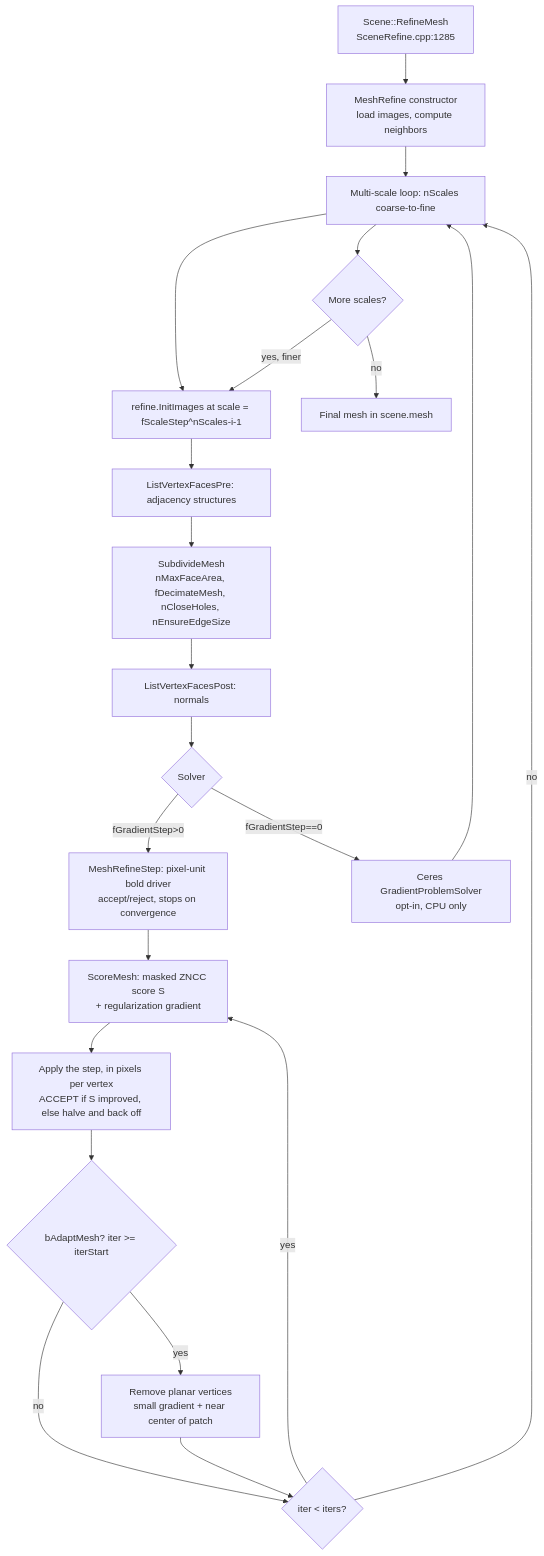
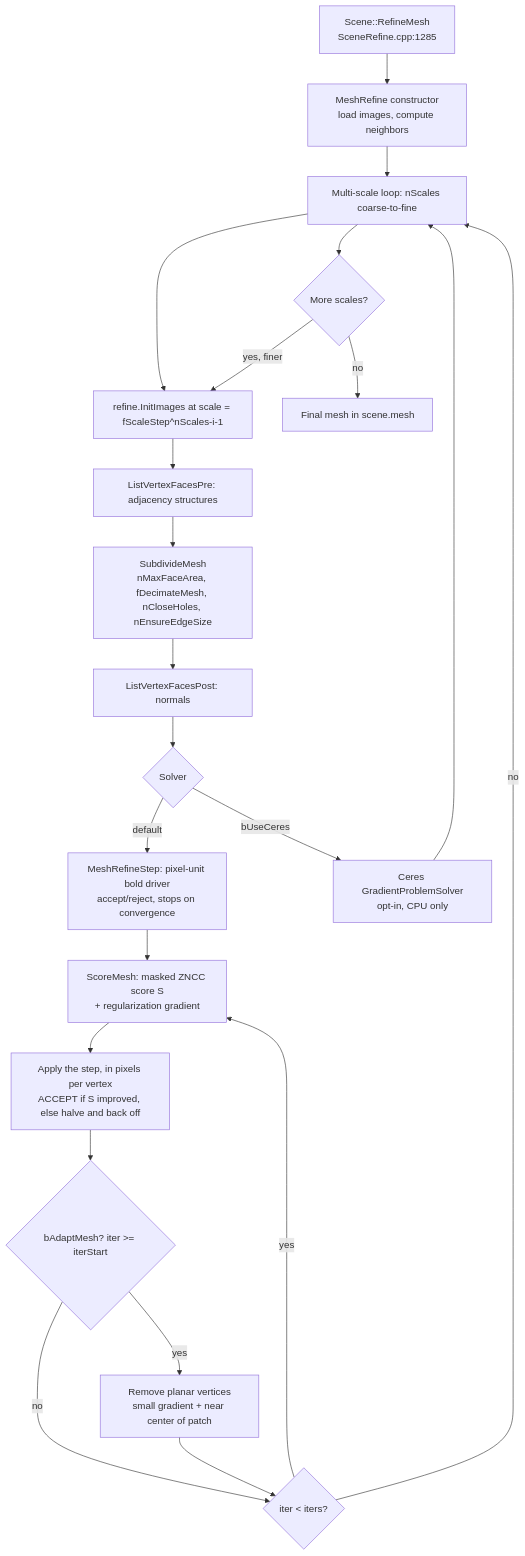
Before and after one commit to cdcseacave/openMVS: the eighth of 10 diagrams in docs/pipelines.md, drawn with Mermaid. The commit also changed 26 other files, not shown here.

````diff
--- a/docs/pipelines.md
+++ b/docs/pipelines.md
@@ -612,24 +612,24 @@
 ```mermaid
 graph TD
     A[Scene::RefineMesh<br/>SceneRefine.cpp:1285] --> B[MeshRefine constructor<br/>load images, compute neighbors]
     B --> C[Multi-scale loop: nScales coarse-to-fine]
     C --> D[refine.InitImages at scale = fScaleStep^nScales-i-1]
     D --> E[ListVertexFacesPre: adjacency structures]
     E --> F[SubdivideMesh<br/>nMaxFaceArea, fDecimateMesh, nCloseHoles, nEnsureEdgeSize]
     F --> G[ListVertexFacesPost: normals]
     G --> H{Solver}
-    H -->|fGradientStep>0| I[MeshRefineStep: pixel-unit bold driver<br/>accept/reject, stops on convergence]
-    H -->|fGradientStep==0| J[Ceres GradientProblemSolver<br/>opt-in, CPU only]
+    H -->|default| I[MeshRefineStep: pixel-unit bold driver<br/>accept/reject, stops on convergence]
+    H -->|bUseCeres| J[Ceres GradientProblemSolver<br/>opt-in, CPU only]
     I --> I1[ScoreMesh: masked ZNCC score S<br/>+ regularization gradient]
     I1 --> I2[Apply the step, in pixels per vertex<br/>ACCEPT if S improved, else halve and back off]
     I2 --> I3{bAdaptMesh? iter >= iterStart}
     I3 -->|yes| I4[Remove planar vertices<br/>small gradient + near center of patch]
     I3 -->|no| I5
     I4 --> I5{iter < iters?}
     I5 -->|yes| I1
     I5 -->|no| C
     J --> C
     C --> K{More scales?}
     K -->|yes, finer| D
     K -->|no| L[Final mesh in scene.mesh]
 ```
````
